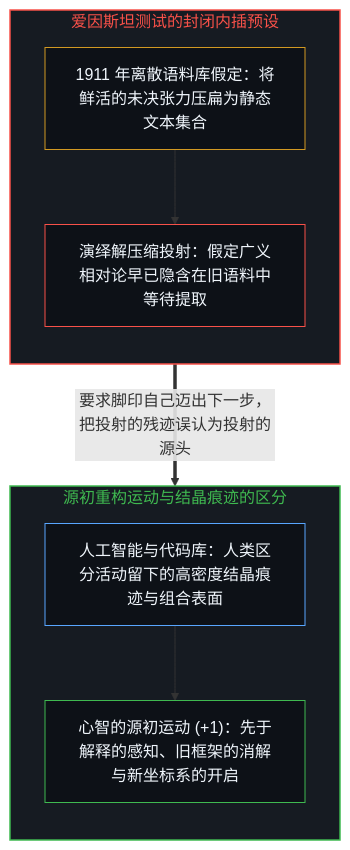
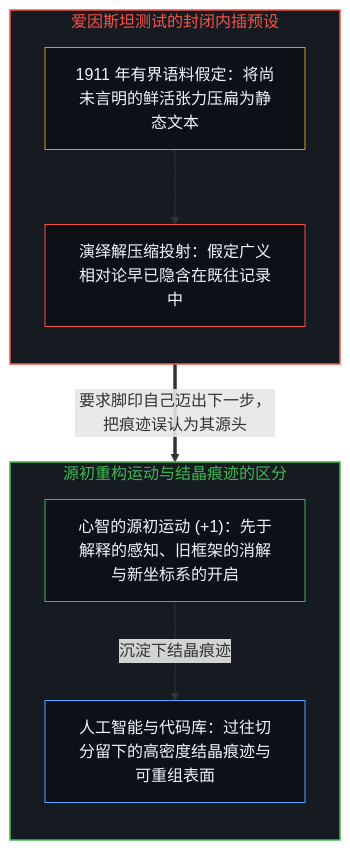
One commit to powerpig99/not-a-toe changed the first of 2 diagrams in content/posts/hassabis-einstein-test.md. Above: the diagram before and after it, drawn with Mermaid. The commit also changed other lines of this file and 5 other files, not shown here.

````diff
--- a/content/posts/hassabis-einstein-test.md
+++ b/content/posts/hassabis-einstein-test.md
@@ -17,22 +17,22 @@
 ```mermaid
 flowchart TD
     subgraph S_Test["爱因斯坦测试的封闭内插预设"]
         direction TB
-        Corpus["1911 年离散语料库假定：将鲜活的未决张力压扁为静态文本集合"]
-        Decomp["演绎解压缩投射：假定广义相对论早已隐含在旧语料中等待提取"]
+        Corpus["1911 年有界语料假定：将尚未言明的鲜活张力压扁为静态文本"]
+        Decomp["演绎解压缩投射：假定广义相对论早已隐含在既往记录中"]
         Corpus --> Decomp
     end
     subgraph S_Origin["源初重构运动与结晶痕迹的区分"]
         direction TB
-        Residue["人工智能与代码库：人类区分活动留下的高密度结晶痕迹与组合表面"]
         Reframe["心智的源初运动 (+1)：先于解释的感知、旧框架的消解与新坐标系的开启"]
-        Residue --> Reframe
+        Residue["人工智能与代码库：过往切分留下的高密度结晶痕迹与可重组表面"]
+        Reframe -->|"沉淀下结晶痕迹"| Residue
     end
-    Decomp ==>|"要求脚印自己迈出下一步，把投射的残迹误认为投射的源头"| Residue
+    Decomp ==>|"要求脚印自己迈出下一步，把痕迹误认为其源头"| Residue
     style S_Test fill:#161b22,stroke:#f85149,stroke-width:1.5px,color:#f85149
     style S_Origin fill:#161b22,stroke:#3fb950,stroke-width:1.5px,color:#3fb950
     style Corpus fill:#0d1117,stroke:#d29922,stroke-width:1px,color:#f0f6fc
     style Decomp fill:#0d1117,stroke:#f85149,stroke-width:1px,color:#f0f6fc
+    style Reframe fill:#0d1117,stroke:#3fb950,stroke-width:1px,color:#f0f6fc
     style Residue fill:#0d1117,stroke:#58a6ff,stroke-width:1px,color:#f0f6fc
-    style Reframe fill:#0d1117,stroke:#3fb950,stroke-width:1px,color:#f0f6fc
 ```
````
